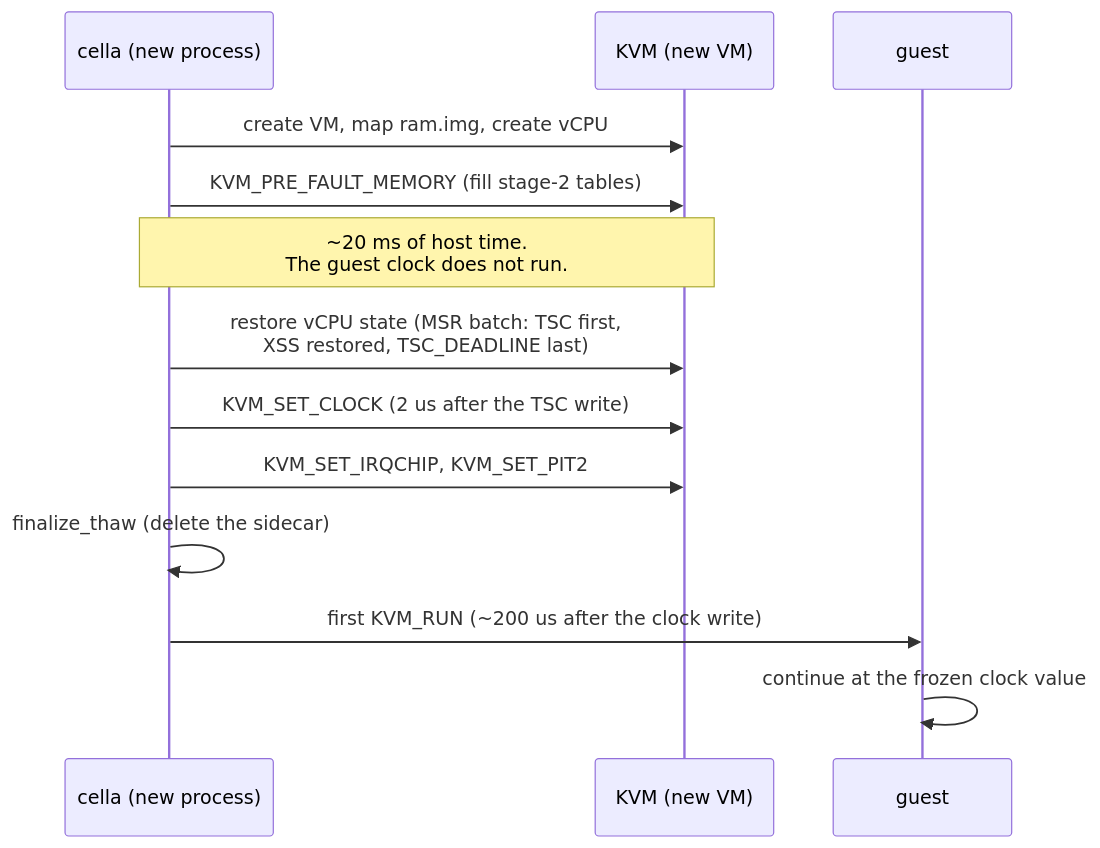
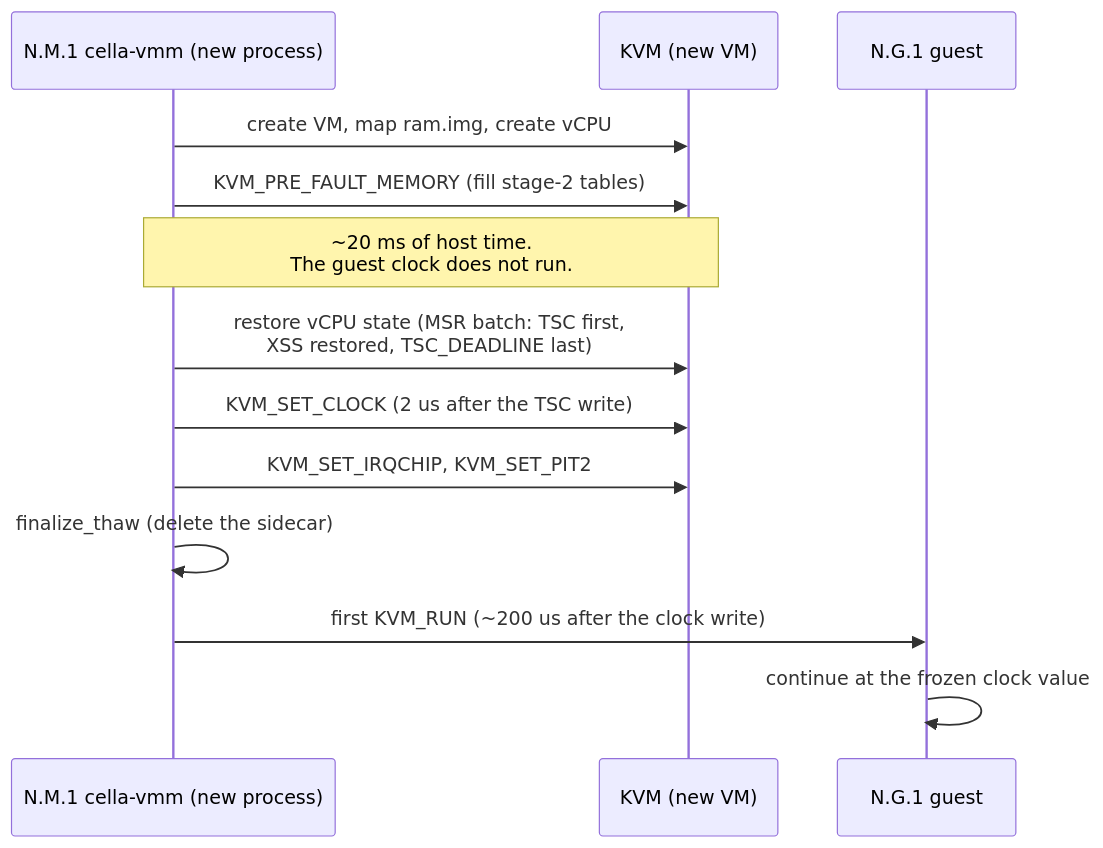
The sixth of 8 diagrams in docs/FREEZE-THAW.md (omne-earth/cella), drawn with Mermaid before and after one commit. The commit also changed other lines of this file and 8 other files, not shown here.

Commit message:
docs: comprehensive grooming of all markdowns and diagrams

````diff
--- a/docs/FREEZE-THAW.md
+++ b/docs/FREEZE-THAW.md
@@ -237,15 +265,15 @@
 ```mermaid
 sequenceDiagram
-    participant C as cella (new process)
+    participant C as N.M.1 cella-vmm (new process)
     participant K as KVM (new VM)
-    participant G as guest
+    participant G as N.G.1 guest
     C->>K: create VM, map ram.img, create vCPU
     C->>K: KVM_PRE_FAULT_MEMORY (fill stage-2 tables)
     Note over C,K: ~20 ms of host time.<br/>The guest clock does not run.
     C->>K: restore vCPU state (MSR batch: TSC first,<br/>XSS restored, TSC_DEADLINE last)
     C->>K: KVM_SET_CLOCK (2 us after the TSC write)
     C->>K: KVM_SET_IRQCHIP, KVM_SET_PIT2
     C->>C: finalize_thaw (delete the sidecar)
     C->>G: first KVM_RUN (~200 us after the clock write)
     G->>G: continue at the frozen clock value
 ```
````
